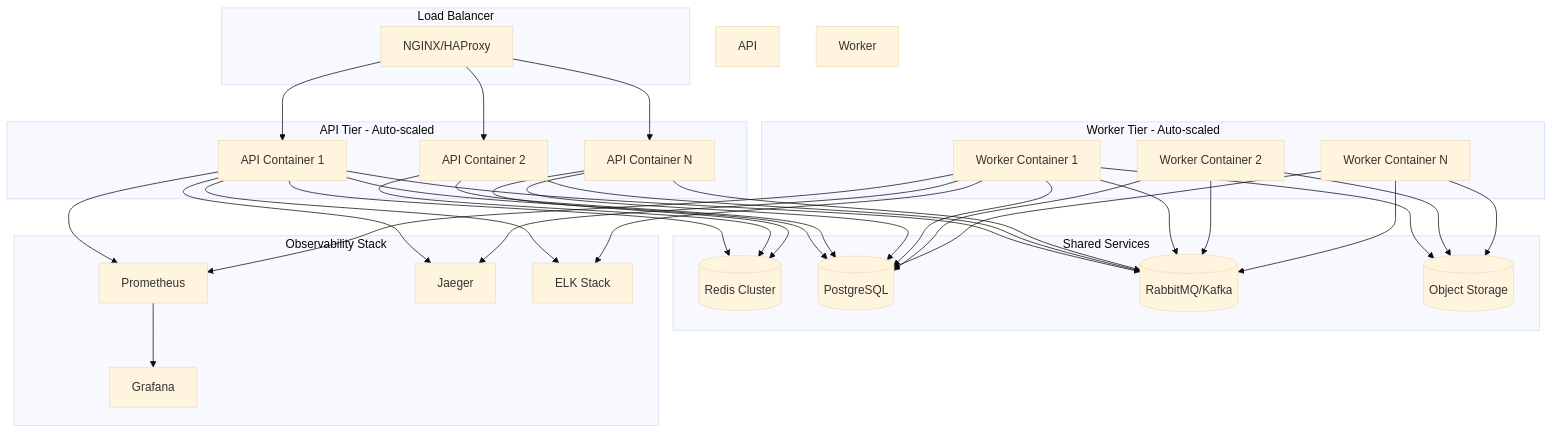
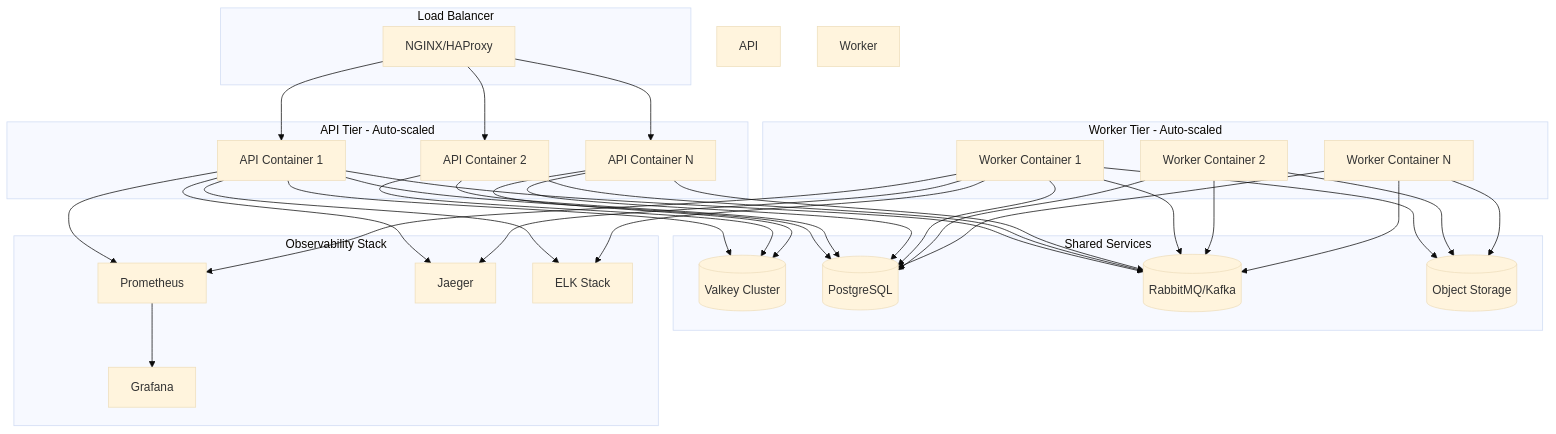
Diagram 12 of 15 in docs/ARCHITECTURE.md (apathy-ca/sark), drawn with Mermaid (base theme) before and after one commit. The commit also changed other lines of this file and 68 other files, not shown here.

First line of the commit message:
refactor: migrate from Redis to Valkey

````diff
--- a/docs/ARCHITECTURE.md
+++ b/docs/ARCHITECTURE.md
@@ -700,72 +700,72 @@
 ```mermaid
 graph TB
     subgraph "Load Balancer"
         LB[NGINX/HAProxy]
     end
 
     subgraph "API Tier - Auto-scaled"
         API1[API Container 1]
         API2[API Container 2]
         API3[API Container N]
     end
 
     subgraph "Worker Tier - Auto-scaled"
         W1[Worker Container 1]
         W2[Worker Container 2]
         W3[Worker Container N]
     end
 
     subgraph "Shared Services"
-        REDIS[(Redis Cluster)]
+        REDIS[(Valkey Cluster)]
         PG[(PostgreSQL)]
         MQ[(RabbitMQ/Kafka)]
         S3[(Object Storage)]
     end
 
     subgraph "Observability Stack"
         PROM[Prometheus]
         GRAF[Grafana]
         JAEGER[Jaeger]
         ELK[ELK Stack]
     end
 
     LB --> API1
     LB --> API2
     LB --> API3
 
     API1 --> REDIS
     API2 --> REDIS
     API3 --> REDIS
 
     API1 --> PG
     API2 --> PG
     API3 --> PG
 
     API1 --> MQ
     API2 --> MQ
     API3 --> MQ
 
     W1 --> MQ
     W2 --> MQ
     W3 --> MQ
 
     W1 --> PG
     W2 --> PG
     W3 --> PG
 
     W1 --> S3
     W2 --> S3
     W3 --> S3
 
     API1 --> PROM
     W1 --> PROM
     API1 --> JAEGER
     W1 --> JAEGER
     API1 --> ELK
     W1 --> ELK
 
     PROM --> GRAF
 
     style API Tier - Auto-scaled fill:#4a90e2
     style Worker Tier - Auto-scaled fill:#50c878
 ```
````
